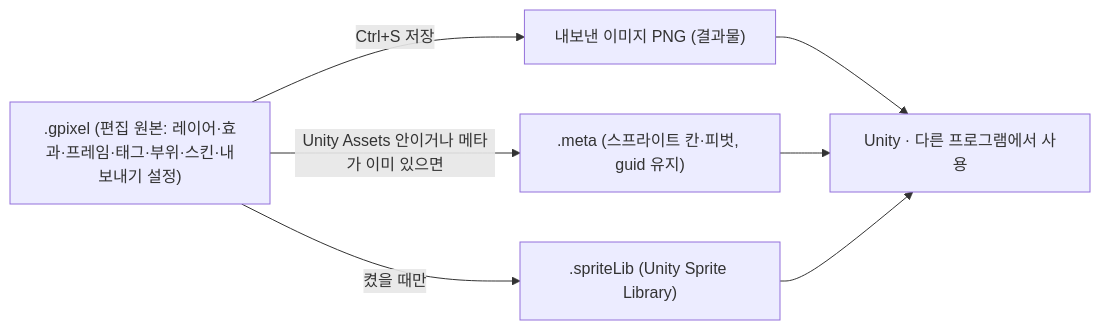
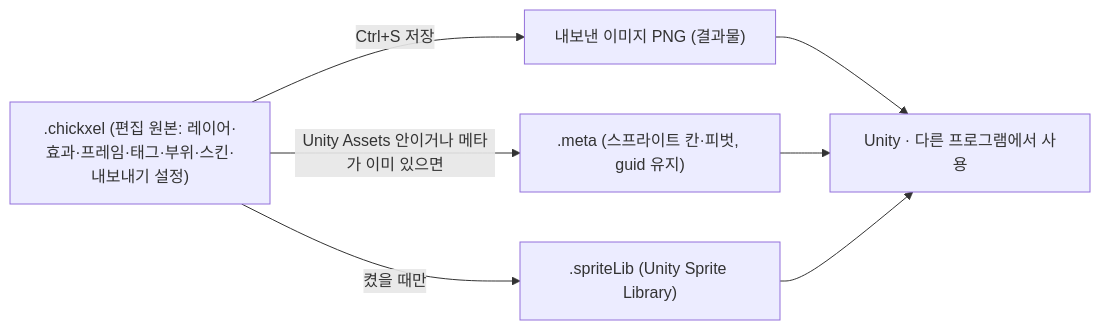
Before and after one commit to 1000Pro-1997/Chickxel: the third of 10 diagrams in 가이드-이미지.md, drawn with Mermaid. The commit also changed other lines of this file and 1357 other files, not shown here.

````diff
--- a/가이드-이미지.md
+++ b/가이드-이미지.md
@@ -225,9 +225,9 @@
 ```mermaid
 flowchart LR
-    A[".gpixel (편집 원본: 레이어·효과·프레임·태그·부위·스킨·내보내기 설정)"] -->|Ctrl+S 저장| B["내보낸 이미지 PNG (결과물)"]
+    A[".chickxel (편집 원본: 레이어·효과·프레임·태그·부위·스킨·내보내기 설정)"] -->|Ctrl+S 저장| B["내보낸 이미지 PNG (결과물)"]
     A -->|"Unity Assets 안이거나 메타가 이미 있으면"| C[".meta (스프라이트 칸·피벗, guid 유지)"]
     A -->|"켰을 때만"| D[".spriteLib (Unity Sprite Library)"]
     B --> E["Unity · 다른 프로그램에서 사용"]
     C --> E
     D --> E
 ```
````
